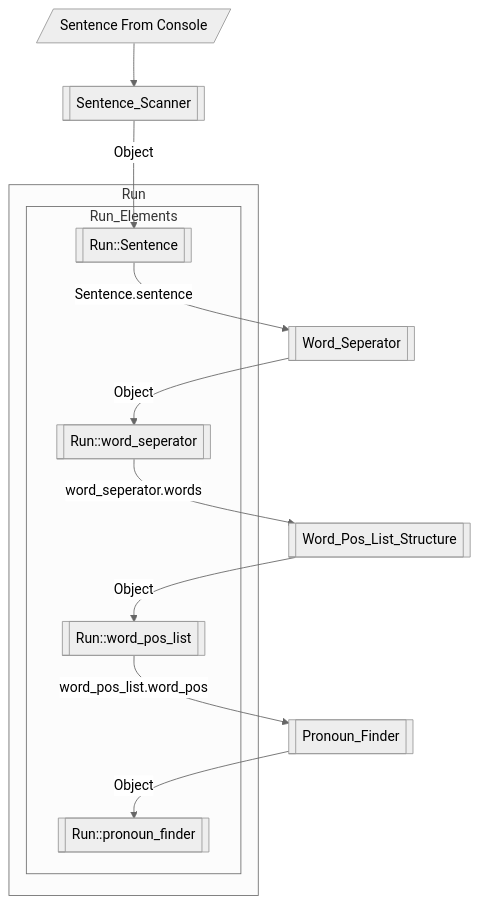
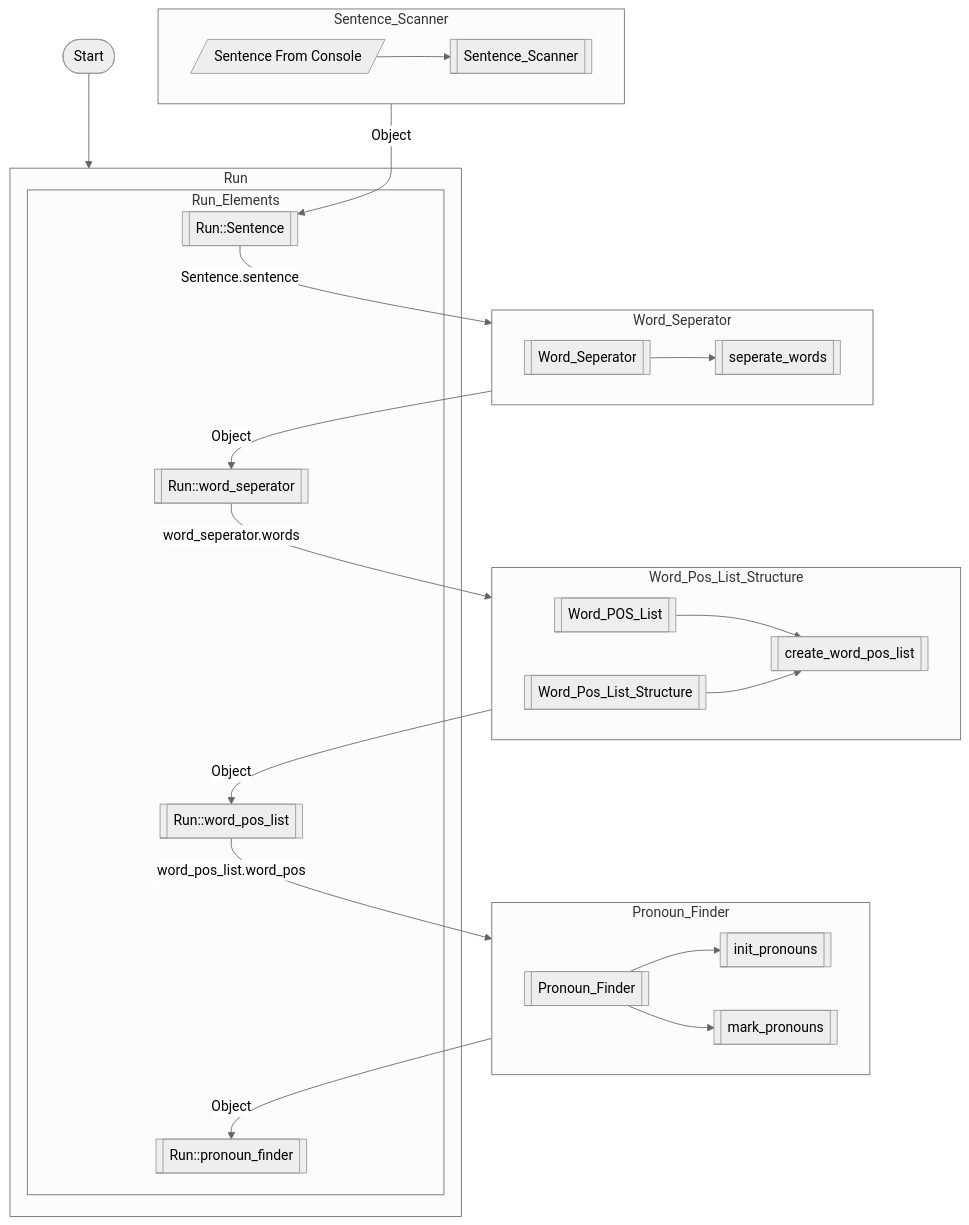
Before and after one commit to masnm/POS-tagging: the second of 2 diagrams in src/README.md, drawn with Mermaid (neutral theme).

Commit message:
Flowchar Updated

````diff
--- a/src/README.md
+++ b/src/README.md
@@ -75,32 +75,51 @@
 ```mermaid
 flowchart TD
-    AA[[Run::Sentence]]
-    AB[[Run::word_seperator]]
-    AC[[Run::word_pos_list]]
-    AD[[Run::pronoun_finder]]
+    ST([Start])
+    
+    subgraph Sentence_Scanner
+        B[/Sentence From Console/]
+        C[[Sentence_Scanner]]
+        B --> C
+    end
 
-    B[/Sentence From Console/]
+    subgraph Word_Seperator
+        D[[Word_Seperator]]
+        D0[[seperate_words]]
+        D --> D0
+    end
 
-    C[[Sentence_Scanner]]
-    D[[Word_Seperator]]
-    E[[Word_Pos_List_Structure]]
-    F[[Pronoun_Finder]]
+    subgraph Word_Pos_List_Structure
+        E[[Word_Pos_List_Structure]]
+        E0[[create_word_pos_list]]
+        E1[[Word_POS_List]]
+        E1 --> E0
+        E --> E0
+    end
+
+    subgraph Pronoun_Finder
+        F[[Pronoun_Finder]]
+        F0[[init_pronouns]]
+        F1[[mark_pronouns]]
+        F --> F0
+        F --> F1
+    end
 
     subgraph Run
         subgraph Run_Elements
-            AA
-            AB
-            AC
-            AD
+            AA[[Run::Sentence]]
+            AB[[Run::word_seperator]]
+            AC[[Run::word_pos_list]]
+            AD[[Run::pronoun_finder]]
         end
     end
+
+    ST --> Run
         
-    B --> C
-    C -- Object --> AA
-    AA -- Sentence.sentence --> D
-    D -- Object --> AB
-    AB -- word_seperator.words --> E
-    E -- Object --> AC
-    AC -- word_pos_list.word_pos --> F
-    F -- Object --> AD
+    Sentence_Scanner -- Object --> AA
+    AA -- Sentence.sentence --> Word_Seperator
+    Word_Seperator -- Object --> AB
+    AB -- word_seperator.words --> Word_Pos_List_Structure
+    Word_Pos_List_Structure -- Object --> AC
+    AC -- word_pos_list.word_pos --> Pronoun_Finder
+    Pronoun_Finder -- Object --> AD
 ```
````
